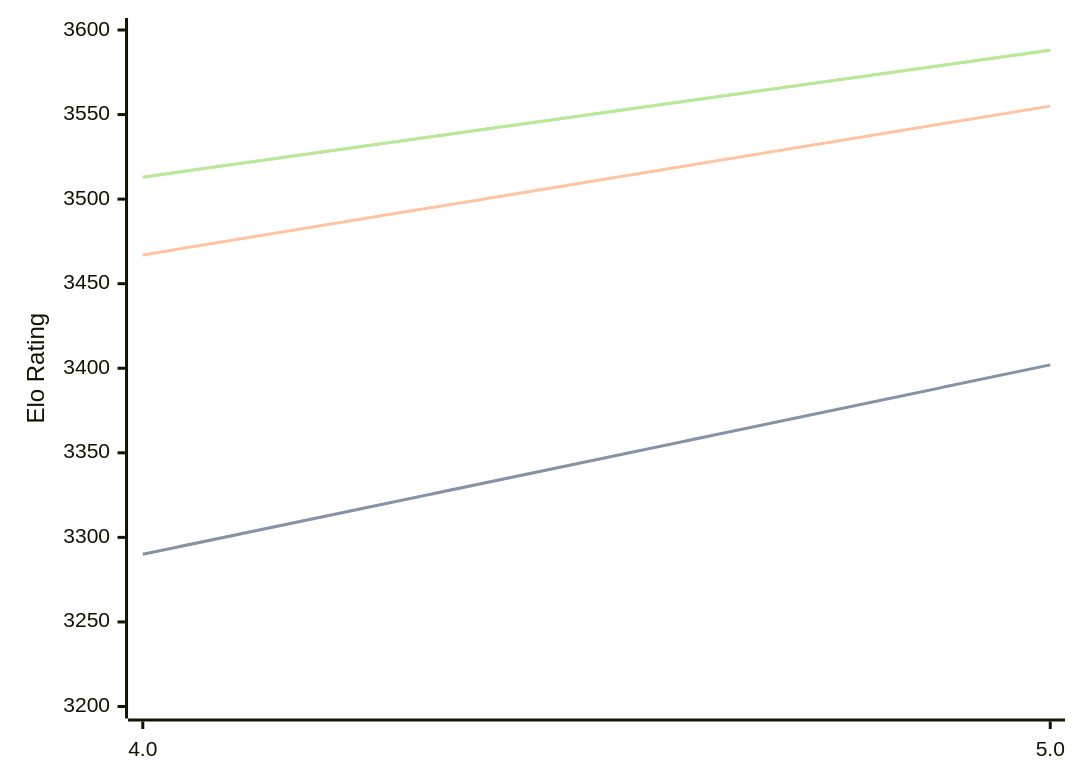
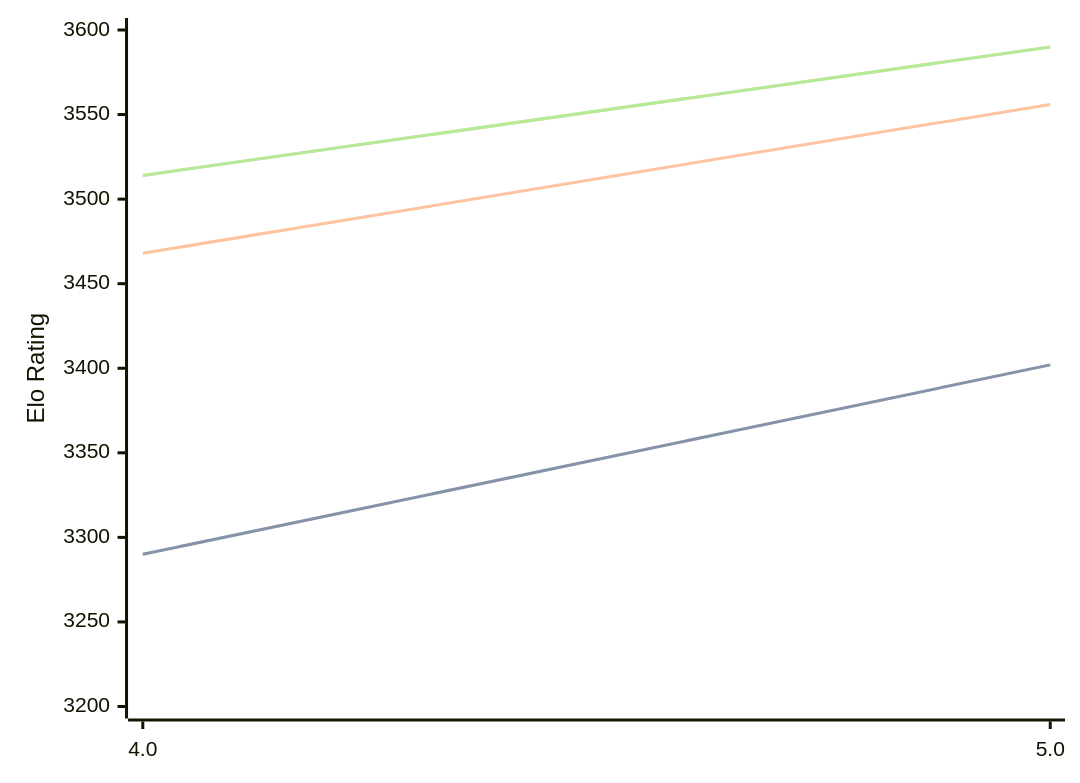
One commit to computer-chess-index/cci changed the diagram in engines/Tarnished.md. Above: the diagram before and after it, drawn with Mermaid. The commit also changed other lines of this file, not shown here.

Commit message:
Update CCI Ratings (ELO VLTC) - 2026-02-16

````diff
--- a/engines/Tarnished.md
+++ b/engines/Tarnished.md
@@ -33,11 +33,11 @@
 ```mermaid
 %%{init: {"theme":"base","themeVariables":{"seriesColors:['#a3a3a3','#222221','#faa371']}}}%%
 xychart-beta
   x-axis ["4.0", "5.0"]
   y-axis "Elo Rating" 3200 --> 3600
   line "STC (8.0+0.08s)" [3290, 3402]
   line "STC (8.0+0.08s)" [3290, 3402]
-  line "LTC (60.0+0.60s)" [3467, 3555]
-  line "VLTC (2m24s+1.12s)" [3513, 3588]
-  line "VLTC (2m24s+1.12s)" [3513, 3588]
+  line "LTC (60.0+0.60s)" [3468, 3556]
+  line "VLTC (2m24s+1.12s)" [3514, 3590]
+  line "VLTC (2m24s+1.12s)" [3514, 3590]
 ```
````
